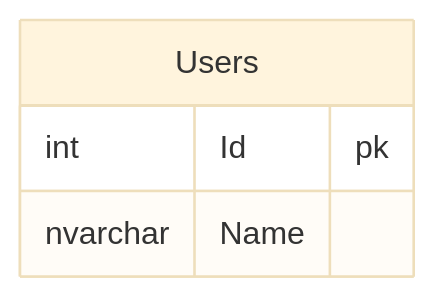
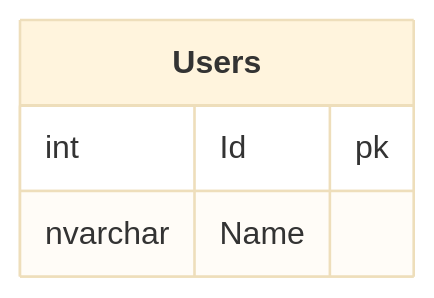
One commit to SimonCropp/DbToMermaid changed the diagram in src/SqlServerToMermaidTool.Tests/IntegrationTests.ConnectionString_ToMermaid.verified.mmd. Above: the diagram before and after it, drawn with Mermaid (base theme). The commit also changed 13 other files, not shown here.

```diff
--- a/src/SqlServerToMermaidTool.Tests/IntegrationTests.ConnectionString_ToMermaid.verified.mmd
+++ b/src/SqlServerToMermaidTool.Tests/IntegrationTests.ConnectionString_ToMermaid.verified.mmd
@@ -1,5 +1,5 @@
 erDiagram
-  Users {
+  Users["**Users**"] {
     int Id pk
     nvarchar Name
   }
```
